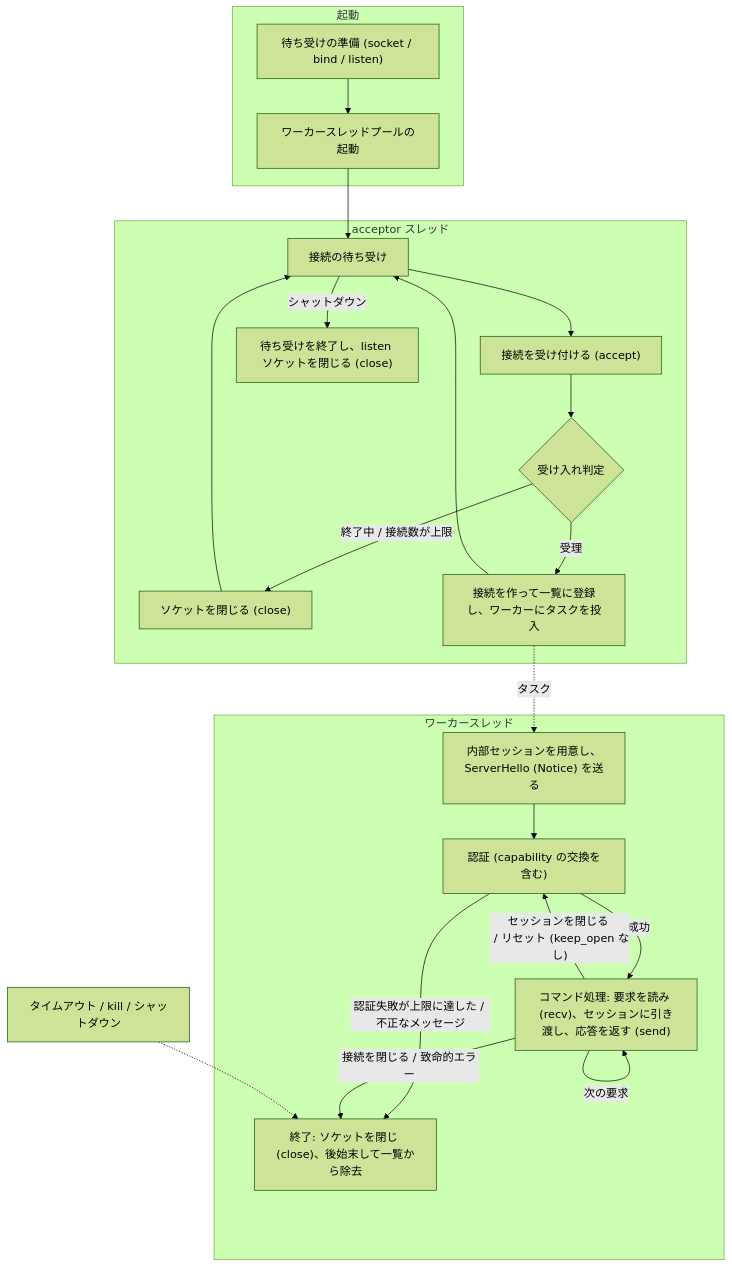
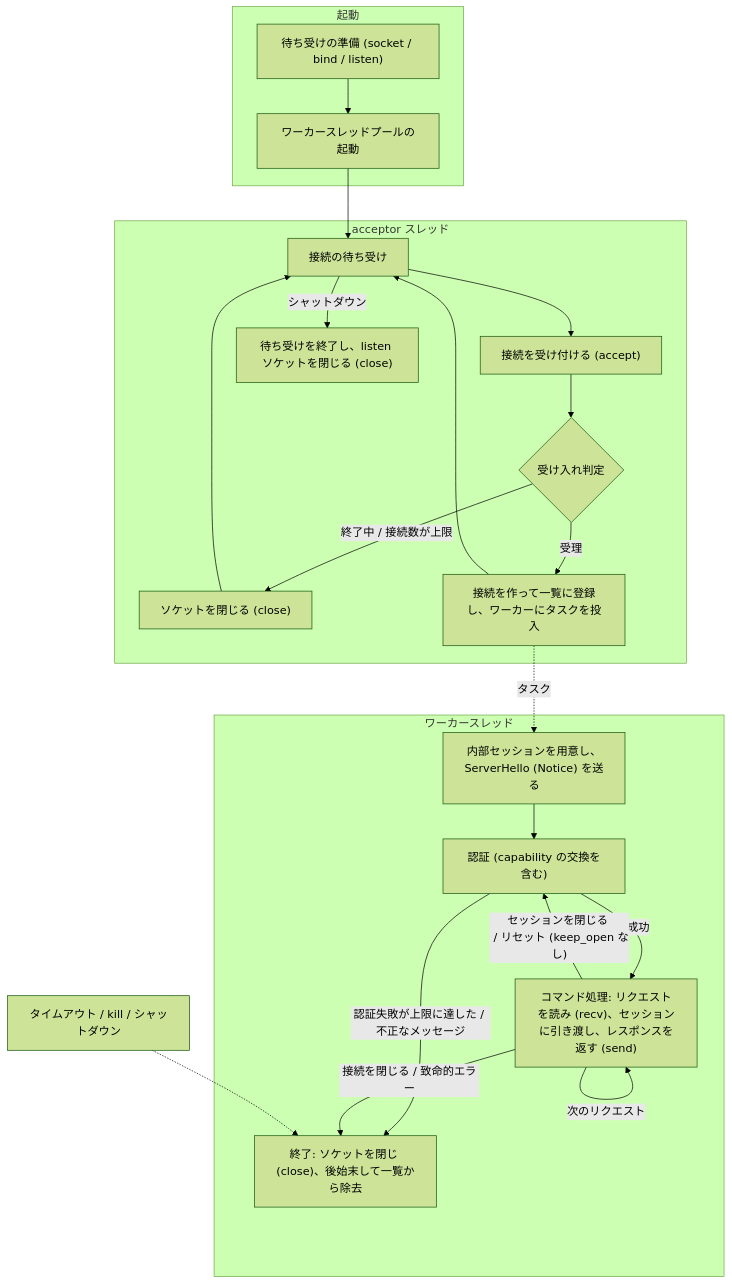
The second of 3 diagrams in docs/specification/connection/connection_handler.md (ren-yamanashi/minesql), drawn with Mermaid (forest theme) before and after one commit. The commit also changed other lines of this file and 10 other files, not shown here.

````diff
--- a/docs/specification/connection/connection_handler.md
+++ b/docs/specification/connection/connection_handler.md
@@ -100,26 +100,26 @@
 ```mermaid
 flowchart TD
     subgraph startup ["起動"]
         S1["待ち受けの準備 (socket / bind / listen)"] --> S2["ワーカースレッドプールの起動"]
     end
     subgraph acceptor ["acceptor スレッド"]
         A1["接続の待ち受け"] --> A2["接続を受け付ける (accept)"]
         A2 --> A3{"受け入れ判定"}
         A3 -- "終了中 / 接続数が上限" --> A4["ソケットを閉じる (close)"]
         A3 -- "受理" --> A5["接続を作って一覧に登録し、ワーカーにタスクを投入"]
         A4 --> A1
         A5 --> A1
         A1 -- "シャットダウン" --> A6["待ち受けを終了し、listen ソケットを閉じる (close)"]
     end
     subgraph worker ["ワーカースレッド"]
         W1["内部セッションを用意し、ServerHello (Notice) を送る"] --> W2["認証 (capability の交換を含む)"]
-        W2 -- "成功" --> W3["コマンド処理: 要求を読み (recv)、セッションに引き渡し、応答を返す (send)"]
-        W3 -- "次の要求" --> W3
+        W2 -- "成功" --> W3["コマンド処理: リクエストを読み (recv)、セッションに引き渡し、レスポンスを返す (send)"]
+        W3 -- "次のリクエスト" --> W3
         W3 -- "セッションを閉じる <br /> / リセット (keep_open なし)" --> W2
         W2 -- "認証失敗が上限に達した / 不正なメッセージ" --> W4["終了: ソケットを閉じ (close)、後始末して一覧から除去"]
         W3 -- "接続を閉じる / 致命的エラー" --> W4
     end
     S2 --> A1
     A5 -. "タスク" .-> W1
     X["タイムアウト / kill / シャットダウン"] -.-> W4
 ```
````
